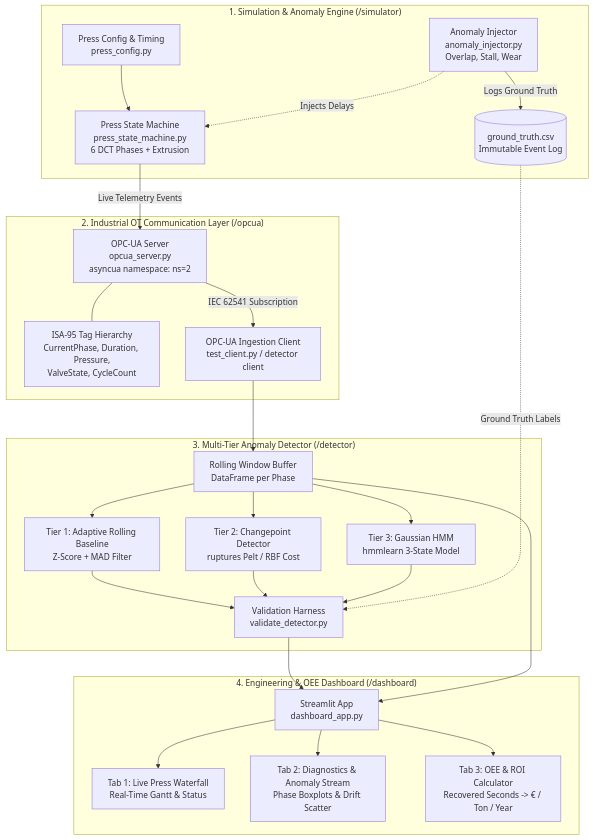
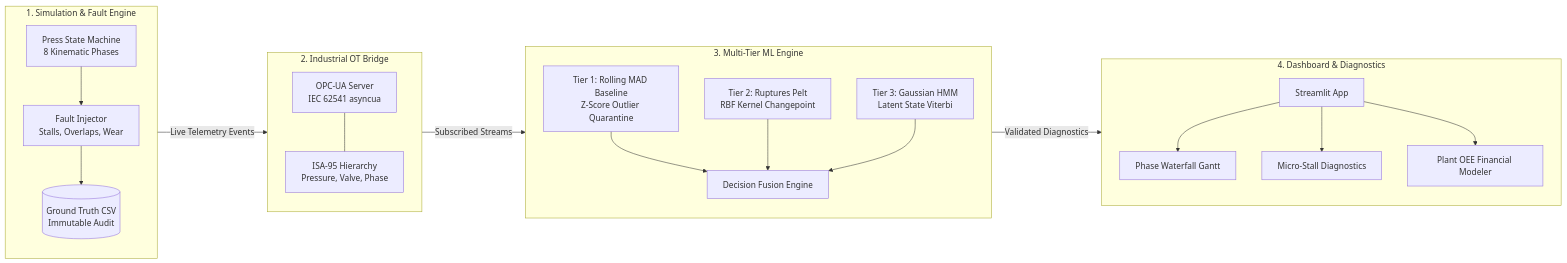
Before and after one commit to realruneett01/Dead-Cycle-Timer-optimizer: the diagram in README.md, drawn with Mermaid. The commit also changed other lines of this file and 5 other files, not shown here.

Commit message:
docs: add executive visual README with telemetry charts and dataset specs

````diff
--- a/README.md
+++ b/README.md
@@ -59,49 +53,34 @@
 ```mermaid
-flowchart TD
-    subgraph Sim["1. Simulation & Anomaly Engine (/simulator)"]
-        SM[Press State Machine<br/>press_state_machine.py<br/>6 DCT Phases + Extrusion]
-        CFG[Press Config & Timing<br/>press_config.py]
-        INJ[Anomaly Injector<br/>anomaly_injector.py<br/>Overlap, Stall, Wear]
-        GT[(ground_truth.csv<br/>Immutable Event Log)]
-        
-        CFG --> SM
-        INJ -.->|Injects Delays| SM
-        INJ -->|Logs Ground Truth| GT
+flowchart LR
+    subgraph S1["1. Simulation & Fault Engine"]
+        SM[Press State Machine<br/>8 Kinematic Phases]
+        INJ[Fault Injector<br/>Stalls, Overlaps, Wear]
+        GT[(Ground Truth CSV<br/>Immutable Audit)]
+        SM --> INJ --> GT
     end
 
-    subgraph OT["2. Industrial OT Communication Layer (/opcua)"]
-        SRV[OPC-UA Server<br/>opcua_server.py<br/>asyncua namespace: ns=2]
-        NODES[ISA-95 Tag Hierarchy<br/>CurrentPhase, Duration, Pressure,<br/>ValveState, CycleCount]
-        CLT[OPC-UA Ingestion Client<br/>test_client.py / detector client]
-        
-        SM -->|Live Telemetry Events| SRV
-        SRV --- NODES
-        SRV -->|IEC 62541 Subscription| CLT
+    subgraph S2["2. Industrial OT Bridge"]
+        SRV[OPC-UA Server<br/>IEC 62541 asyncua]
+        TAG[ISA-95 Hierarchy<br/>Pressure, Valve, Phase]
+        SRV --- TAG
     end
 
-    subgraph ML["3. Multi-Tier Anomaly Detector (/detector)"]
-        BUF[Rolling Window Buffer<br/>DataFrame per Phase]
-        ZSC[Tier 1: Adaptive Rolling Baseline<br/>Z-Score + MAD Filter]
-        CPD[Tier 2: Changepoint Detector<br/>ruptures Pelt / RBF Cost]
-        HMM[Tier 3: Gaussian HMM<br/>hmmlearn 3-State Model]
-        VAL[Validation Harness<br/>validate_detector.py]
-        
-        CLT --> BUF
-        BUF --> ZSC
-        BUF --> CPD
-        BUF --> HMM
-        ZSC & CPD & HMM --> VAL
-        GT -.->|Ground Truth Labels| VAL
+    subgraph S3["3. Multi-Tier ML Engine"]
+        ZSC[Tier 1: Rolling MAD Baseline<br/>Z-Score Outlier Quarantine]
+        CPD[Tier 2: Ruptures Pelt<br/>RBF Kernel Changepoint]
+        HMM[Tier 3: Gaussian HMM<br/>Latent State Viterbi]
+        ZSC & CPD & HMM --> FUS[Decision Fusion Engine]
     end
 
-    subgraph UI["4. Engineering & OEE Dashboard (/dashboard)"]
-        DASH[Streamlit App<br/>dashboard_app.py]
-        T1[Tab 1: Live Press Waterfall<br/>Real-Time Gantt & Status]
-        T2[Tab 2: Diagnostics & Anomaly Stream<br/>Phase Boxplots & Drift Scatter]
-        T3[Tab 3: OEE & ROI Calculator<br/>Recovered Seconds -> € / Ton / Year]
-        
-        VAL --> DASH
-        BUF --> DASH
-        DASH --> T1 & T2 & T3
+    subgraph S4["4. Dashboard & Diagnostics"]
+        UI[Streamlit App]
+        WF[Phase Waterfall Gantt]
+        DG[Micro-Stall Diagnostics]
+        ROI[Plant OEE Financial Modeler]
+        UI --> WF & DG & ROI
     end
+
+    S1 -->|Live Telemetry Events| S2
+    S2 -->|Subscribed Streams| S3
+    S3 -->|Validated Diagnostics| S4
 ```
````
